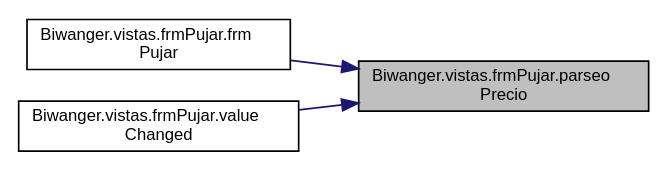
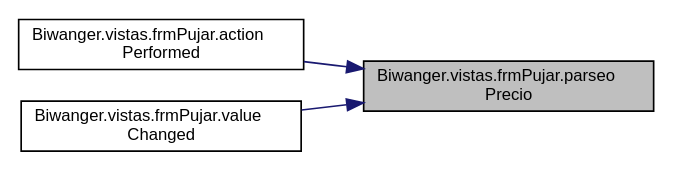
The diagram in docs/class_biwanger_1_1vistas_1_1frm_pujar_a55182a24303c13231f003c703c2c90f0_icgraph.dot (nagorecb/BiwangerCliente), drawn with Graphviz before and after one commit. The commit also changed 177 other files, not shown here.

```diff
--- a/docs/class_biwanger_1_1vistas_1_1frm_pujar_a55182a24303c13231f003c703c2c90f0_icgraph.dot
+++ b/docs/class_biwanger_1_1vistas_1_1frm_pujar_a55182a24303c13231f003c703c2c90f0_icgraph.dot
@@ -1,12 +1,12 @@
 digraph "Biwanger.vistas.frmPujar.parseoPrecio"
 {
  // LATEX_PDF_SIZE
   edge [fontname="Helvetica",fontsize="10",labelfontname="Helvetica",labelfontsize="10"];
   node [fontname="Helvetica",fontsize="10",shape=record];
   rankdir="RL";
   Node1 [label="Biwanger.vistas.frmPujar.parseo\lPrecio",height=0.2,width=0.4,color="black", fillcolor="grey75", style="filled", fontcolor="black",tooltip=" "];
   Node1 -> Node2 [dir="back",color="midnightblue",fontsize="10",style="solid",fontname="Helvetica"];
-  Node2 [label="Biwanger.vistas.frmPujar.frm\lPujar",height=0.2,width=0.4,color="black", fillcolor="white", style="filled",URL="$class_biwanger_1_1vistas_1_1frm_pujar.html#af0bf57bf6aa74b96f6d6c766dcdff980",tooltip=" "];
+  Node2 [label="Biwanger.vistas.frmPujar.action\lPerformed",height=0.2,width=0.4,color="black", fillcolor="white", style="filled",URL="$class_biwanger_1_1vistas_1_1frm_pujar.html#a240cc8c768ce7db087aa59a23dd5a07e",tooltip=" "];
   Node1 -> Node3 [dir="back",color="midnightblue",fontsize="10",style="solid",fontname="Helvetica"];
   Node3 [label="Biwanger.vistas.frmPujar.value\lChanged",height=0.2,width=0.4,color="black", fillcolor="white", style="filled",URL="$class_biwanger_1_1vistas_1_1frm_pujar.html#a8642c15cac5aba2dbf3424505172087f",tooltip=" "];
 }
```
